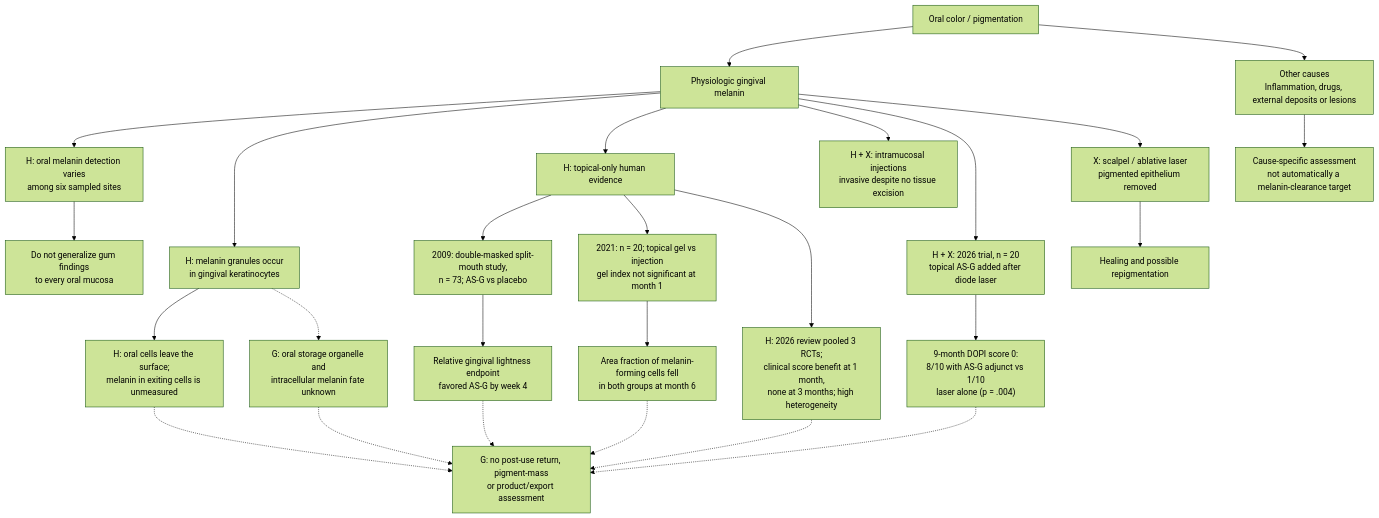
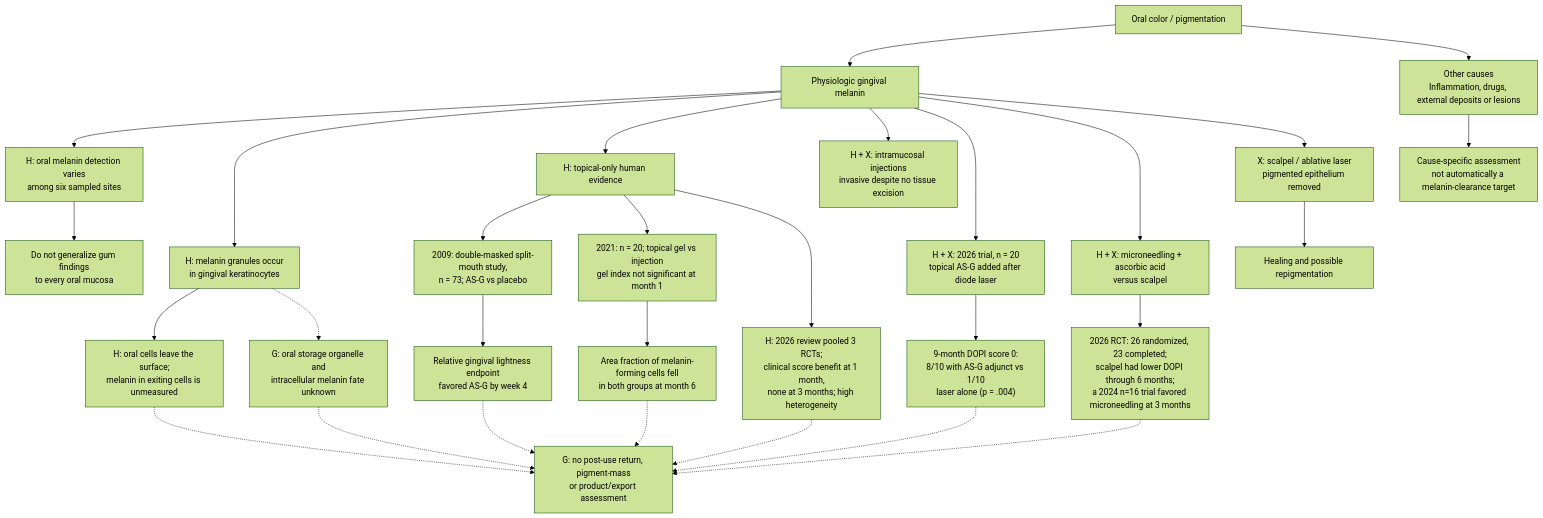
Before and after one commit to dylanstechmann/iris-color-without-contacts: diagram 11 of 40 in research/tissue-pigment-atlas.md, drawn with Mermaid (forest theme). The commit also changed other lines of this file, not shown here.

Commit message:
Add conflicting gingival procedure trial evidence

````diff
--- a/research/tissue-pigment-atlas.md
+++ b/research/tissue-pigment-atlas.md
@@ -326,28 +326,31 @@
 ```mermaid
 flowchart TD
     A["Oral color / pigmentation"] --> B["Physiologic gingival melanin"]
     A --> C["Other causes<br/>Inflammation, drugs, external deposits or lesions"]
     B --> V["H: oral melanin detection varies<br/>among six sampled sites"]
     B --> ORAL["H: melanin granules occur<br/>in gingival keratinocytes"]
     ORAL --> SHED["H: oral cells leave the surface;<br/>melanin in exiting cells is unmeasured"]
     ORAL -.-> ORG["G: oral storage organelle and<br/>intracellular melanin fate unknown"]
     SHED -.-> G
     ORG -.-> G
     V --> X["Do not generalize gum findings<br/>to every oral mucosa"]
     B --> TP["H: topical-only human evidence"]
     TP --> T1["2009: double-masked split-mouth study,<br/>n = 73; AS-G vs placebo"]
     T1 --> T2["Relative gingival lightness endpoint<br/>favored AS-G by week 4"]
     TP --> T3["2021: n = 20; topical gel vs injection<br/>gel index not significant at month 1"]
     T3 --> T4["Area fraction of melanin-forming cells fell<br/>in both groups at month 6"]
     TP --> REV["H: 2026 review pooled 3 RCTs;<br/>clinical score benefit at 1 month,<br/>none at 3 months; high heterogeneity"]
     REV -.-> G
     T2 -.-> G["G: no post-use return, pigment-mass<br/>or product/export assessment"]
     T4 -.-> G
     B --> I["H + X: intramucosal injections<br/>invasive despite no tissue excision"]
     B --> L["H + X: 2026 trial, n = 20<br/>topical AS-G added after diode laser"]
     L --> D9["9-month DOPI score 0:<br/>8/10 with AS-G adjunct vs 1/10<br/>laser alone (p = .004)"]
     D9 -.-> G
+    B --> MN["H + X: microneedling + ascorbic acid<br/>versus scalpel"]
+    MN --> M1["2026 RCT: 26 randomized, 23 completed;<br/>scalpel had lower DOPI through 6 months;<br/>a 2024 n=16 trial favored microneedling at 3 months"]
+    M1 -.-> G
     B --> S["X: scalpel / ablative laser<br/>pigmented epithelium removed"]
     S --> R["Healing and possible repigmentation"]
     C --> O["Cause-specific assessment<br/>not automatically a melanin-clearance target"]
 ```
````
